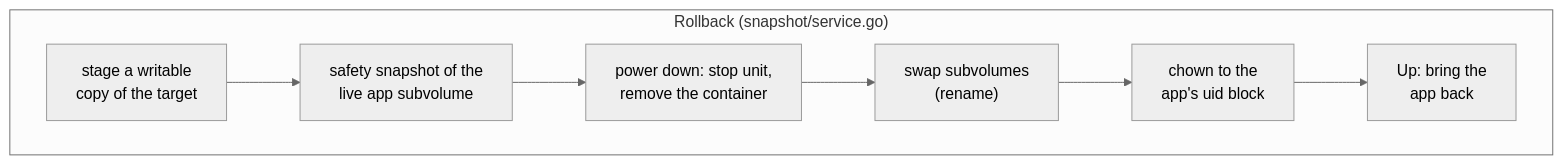
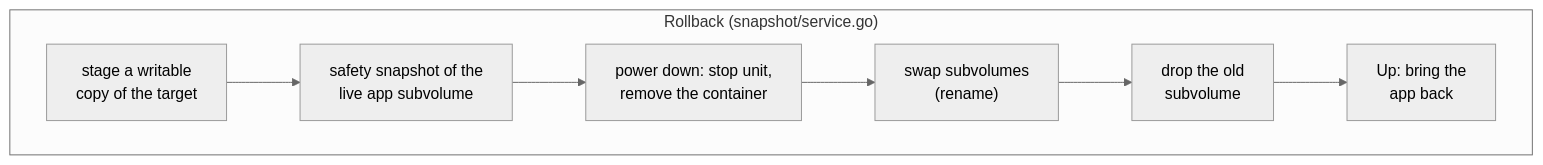
One commit to binwiederhier/hostit changed the eighth of 9 diagrams in docs/slides/presentations/tech-overview.md. Above: the diagram before and after it, drawn with Mermaid (neutral theme). The commit also changed other lines of this file and 14 other files, not shown here.

````diff
--- a/docs/slides/presentations/tech-overview.md
+++ b/docs/slides/presentations/tech-overview.md
@@ -388,11 +388,11 @@
 ```mermaid {scale: 0.58}
 flowchart LR
   subgraph rb["Rollback (snapshot/service.go)"]
     direction LR
     a["stage a writable<br/>copy of the target"] --> b["safety snapshot of the<br/>live app subvolume"]
     b --> c["power down: stop unit,<br/>remove the container"]
     c --> d["swap subvolumes<br/>(rename)"]
-    d --> e["chown to the<br/>app's uid block"]
+    d --> e["drop the old<br/>subvolume"]
     e --> f["Up: bring the<br/>app back"]
   end
 ```
````
